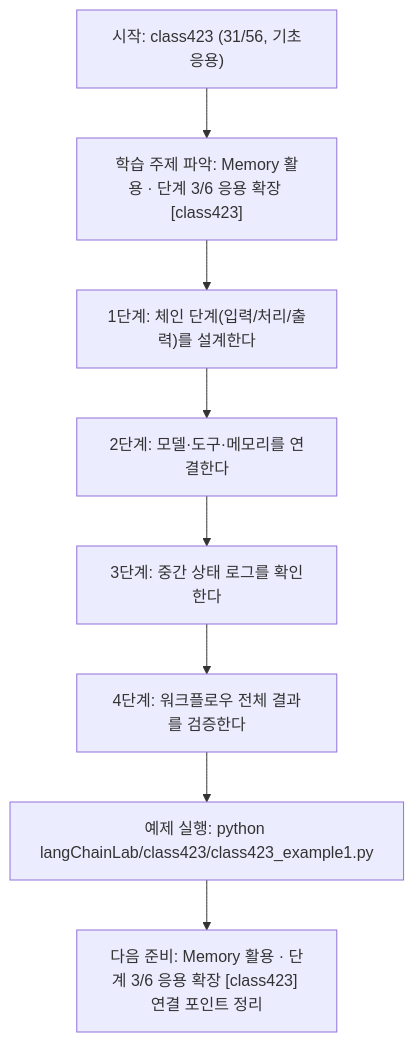
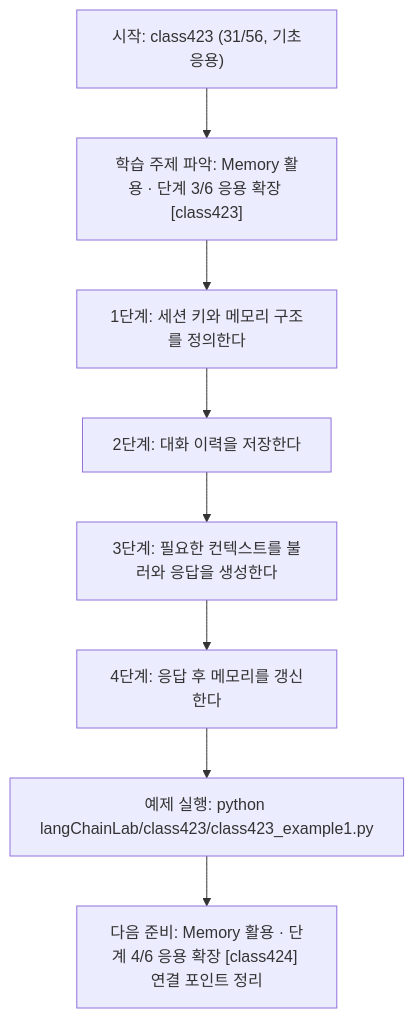
Before and after one commit to edumgt/Python-AI_Agent-Class: the diagram in langChainLab/class423/class423.md, drawn with Mermaid. The commit also changed other lines of this file and 395 other files, not shown here.

````diff
--- a/langChainLab/class423/class423.md
+++ b/langChainLab/class423/class423.md
@@ -109,18 +91,18 @@
 ```mermaid
 flowchart TD
 N1["시작: class423 (31/56, 기초응용)"]
 N2["학습 주제 파악: Memory 활용 · 단계 3/6 응용 확장 [class423]"]
-N3["1단계: 체인 단계(입력/처리/출력)를 설계한다"]
-N4["2단계: 모델·도구·메모리를 연결한다"]
-N5["3단계: 중간 상태 로그를 확인한다"]
-N6["4단계: 워크플로우 전체 결과를 검증한다"]
+N3["1단계: 세션 키와 메모리 구조를 정의한다"]
+N4["2단계: 대화 이력을 저장한다"]
+N5["3단계: 필요한 컨텍스트를 불러와 응답을 생성한다"]
+N6["4단계: 응답 후 메모리를 갱신한다"]
 N7["예제 실행: python langChainLab/class423/class423_example1.py"]
-N8["다음 준비: Memory 활용 · 단계 3/6 응용 확장 [class423] 연결 포인트 정리"]
+N8["다음 준비: Memory 활용 · 단계 4/6 응용 확장 [class424] 연결 포인트 정리"]
 N1 --> N2
 N2 --> N3
 N3 --> N4
 N4 --> N5
 N5 --> N6
 N6 --> N7
 N7 --> N8
 ```
````
